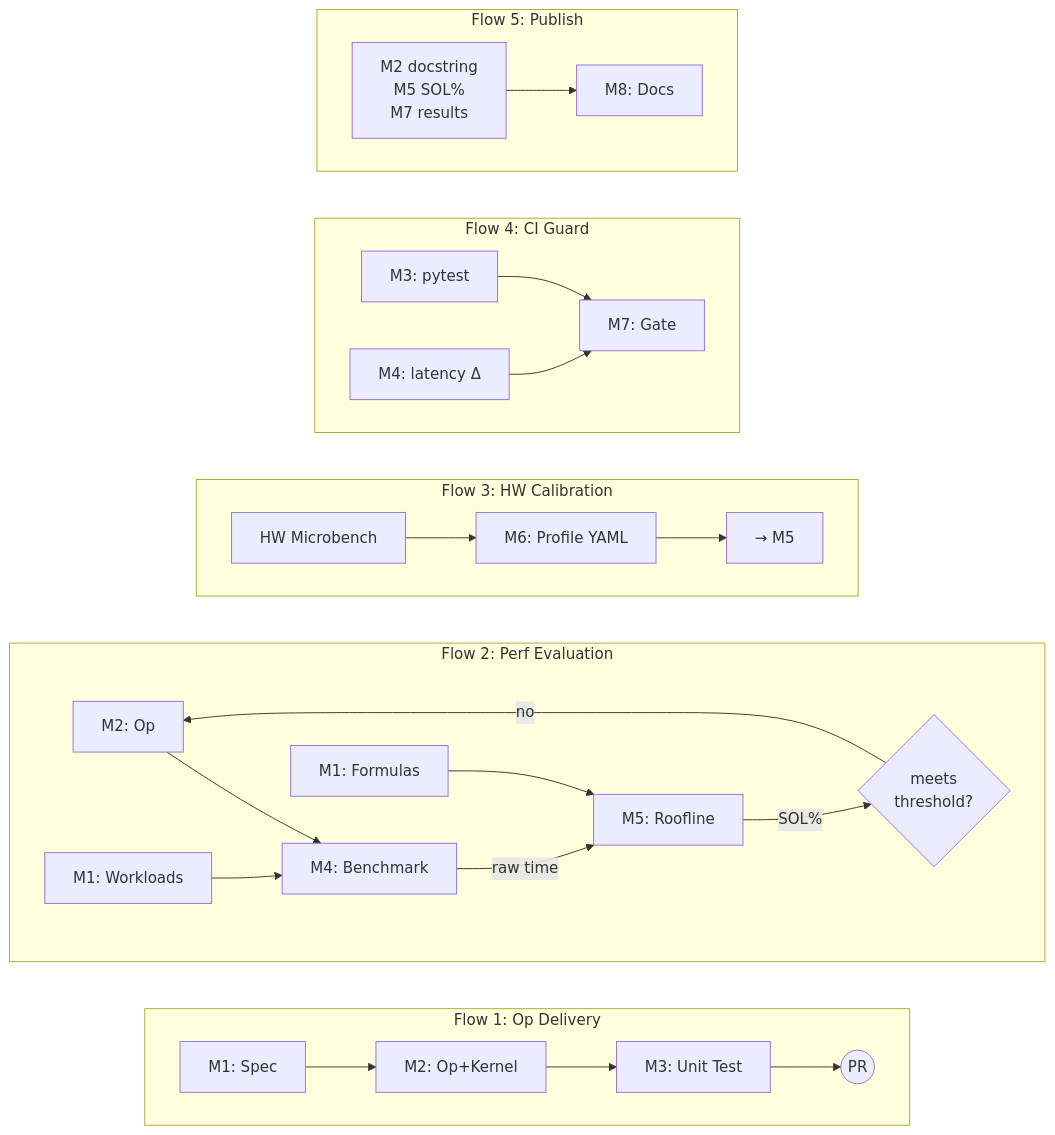
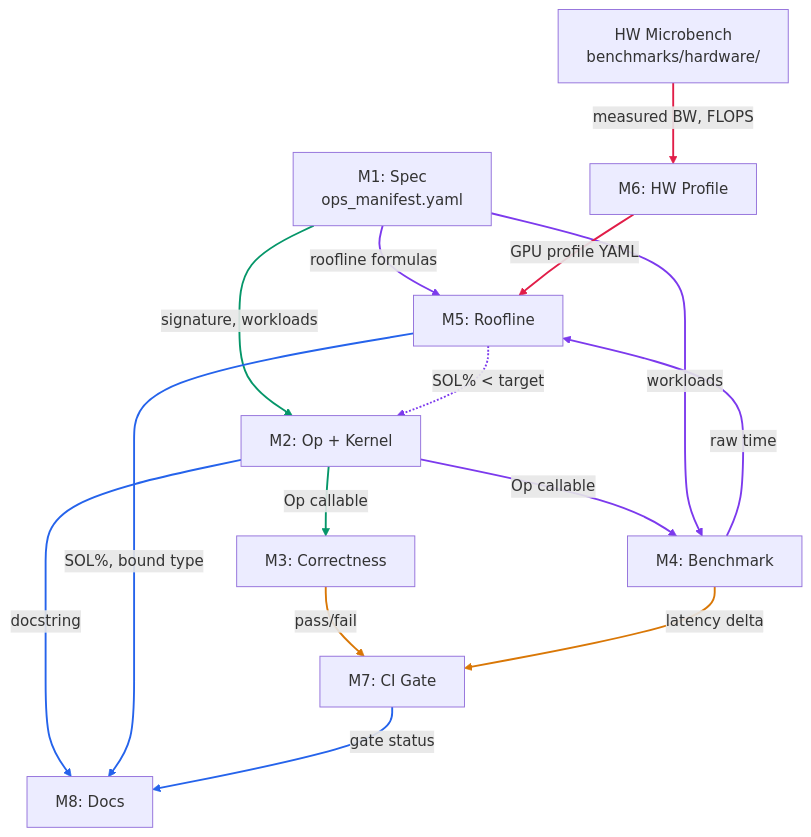
The diagram in docs/architecture.md (tile-ai/TileOPs), drawn with Mermaid before and after one commit. The commit also changed other lines of this file, not shown here.

Commit message:
[Doc] Combine global topology with pipeline status view
Single mermaid diagram shows all modules and edges, color-coded by
flow. Flow status table below shows done/broken/gap per pipeline.
Keeps both the system-level relationships and per-flow actionability.

````diff
--- a/docs/architecture.md
+++ b/docs/architecture.md
@@ -9,33 +13,37 @@
 ```mermaid
-graph LR
-    subgraph F1 ["Flow 1: Op Delivery"]
-        direction LR
-        F1_M1["M1: Spec"] --> F1_M2["M2: Op+Kernel"] --> F1_M3["M3: Unit Test"] --> F1_PR(("PR"))
-    end
+graph TD
+    HW["HW Microbench<br/>benchmarks/hardware/"]
+    M1["M1: Spec<br/>ops_manifest.yaml"]
+    M2["M2: Op + Kernel"]
+    M3["M3: Correctness"]
+    M4["M4: Benchmark"]
+    M5["M5: Roofline"]
+    M6["M6: HW Profile"]
+    M7["M7: CI Gate"]
+    M8["M8: Docs"]
 
-    subgraph F2 ["Flow 2: Perf Evaluation"]
-        direction LR
-        F2_M2["M2: Op"] --> F2_M4["M4: Benchmark"]
-        F2_M1["M1: Workloads"] --> F2_M4
-        F2_M4 -- "raw time" --> F2_M5["M5: Roofline"]
-        F2_M1b["M1: Formulas"] --> F2_M5
-        F2_M5 -- "SOL%" --> F2_D{"meets\nthreshold?"}
-        F2_D -- "no" --> F2_M2
-    end
+    M1 -- "signature, workloads" --> M2
+    M2 -- "Op callable" --> M3
 
-    subgraph F3 ["Flow 3: HW Calibration"]
-        direction LR
-        F3_HW["HW Microbench"] --> F3_M6["M6: Profile YAML"] --> F3_M5["→ M5"]
-    end
+    M2 -- "Op callable" --> M4
+    M1 -- "workloads" --> M4
+    M4 -- "raw time" --> M5
+    M1 -- "roofline formulas" --> M5
+    M5 -. "SOL% < target" .-> M2
 
-    subgraph F4 ["Flow 4: CI Guard"]
-        direction LR
-        F4_M3["M3: pytest"] --> F4_M7["M7: Gate"]
-        F4_M4["M4: latency Δ"] --> F4_M7
-    end
+    HW -- "measured BW, FLOPS" --> M6
+    M6 -- "GPU profile YAML" --> M5
 
-    subgraph F5 ["Flow 5: Publish"]
-        direction LR
-        F5_src["M2 docstring\nM5 SOL%\nM7 results"] --> F5_M8["M8: Docs"]
-    end
+    M3 -- "pass/fail" --> M7
+    M4 -- "latency delta" --> M7
+
+    M2 -- "docstring" --> M8
+    M5 -- "SOL%, bound type" --> M8
+    M7 -- "gate status" --> M8
+
+    linkStyle 0,1 stroke:#059669,stroke-width:2px
+    linkStyle 2,3,4,5,6 stroke:#7c3aed,stroke-width:2px
+    linkStyle 7,8 stroke:#e11d48,stroke-width:2px
+    linkStyle 9,10 stroke:#d97706,stroke-width:2px
+    linkStyle 11,12,13 stroke:#2563eb,stroke-width:2px
 ```
````
